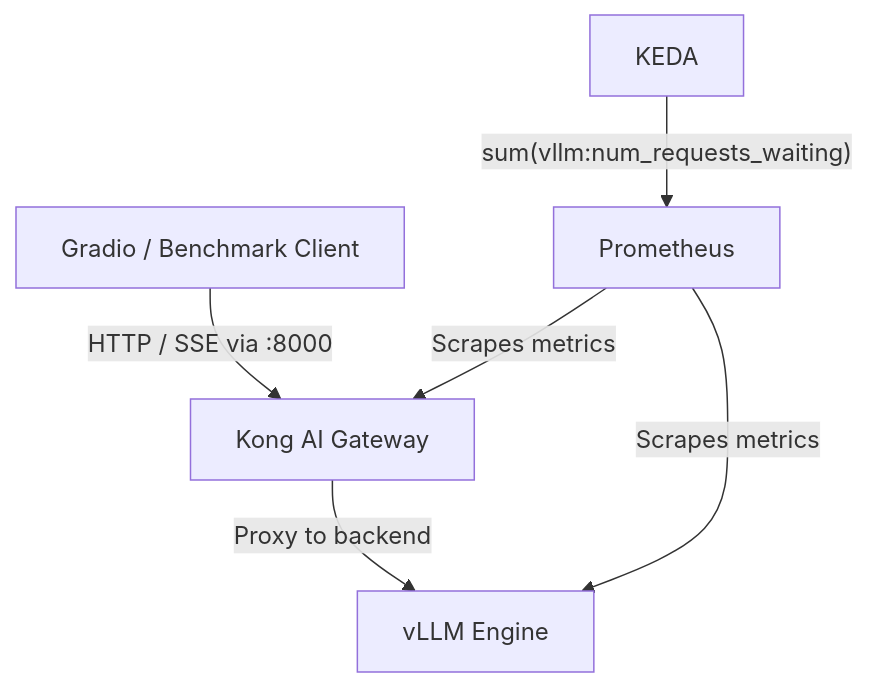
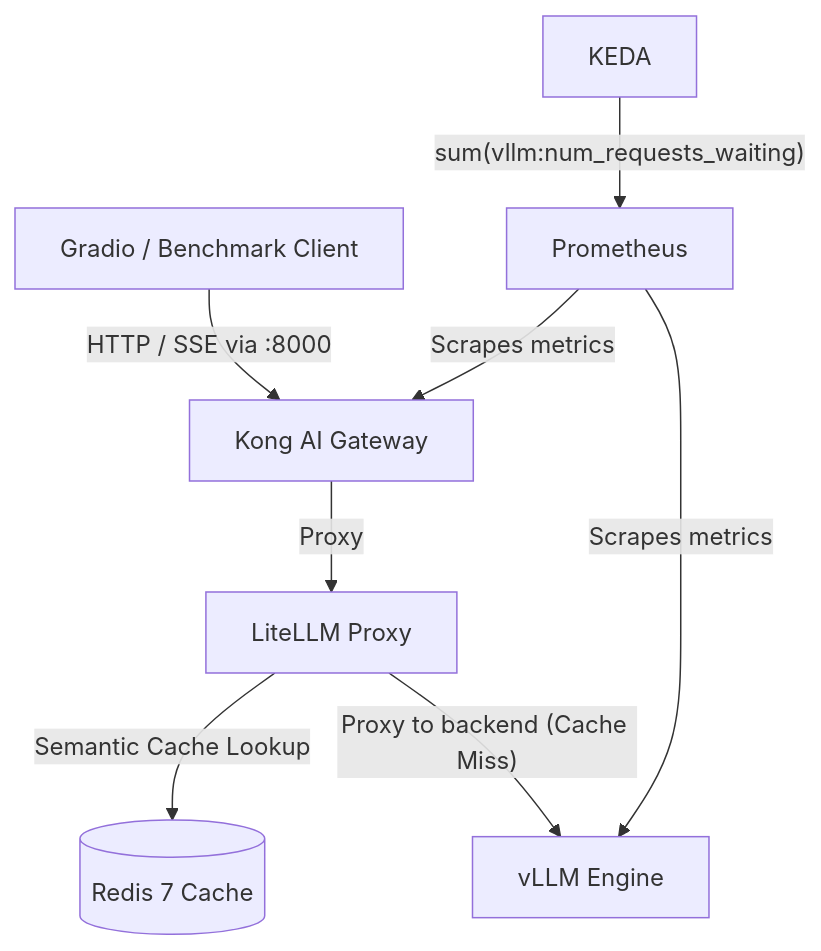
One commit to victorbecerragit/vllm-inference-platform changed the diagram in README.md. Above: the diagram before and after it, drawn with Mermaid. The commit also changed other lines of this file and 9 other files, not shown here.

Commit message:
feat: add litellm redis semantic cache and cache visibility

````diff
--- a/README.md
+++ b/README.md
@@ -13,8 +13,10 @@
 ```mermaid
 flowchart TD
     Client["Gradio / Benchmark Client"] -->|"HTTP / SSE via :8000"| Kong["Kong AI Gateway"]
-    Kong -->|"Proxy to backend"| vLLM["vLLM Engine"]
+    Kong -->|"Proxy"| LiteLLM["LiteLLM Proxy"]
+    LiteLLM -->|"Semantic Cache Lookup"| Redis[("Redis 7 Cache")]
+    LiteLLM -->|"Proxy to backend (Cache Miss)"| vLLM["vLLM Engine"]
     Prometheus -->|"Scrapes metrics"| Kong
     Prometheus -->|"Scrapes metrics"| vLLM
     KEDA -->|"sum(vllm:num_requests_waiting)"| Prometheus
 ```
````
